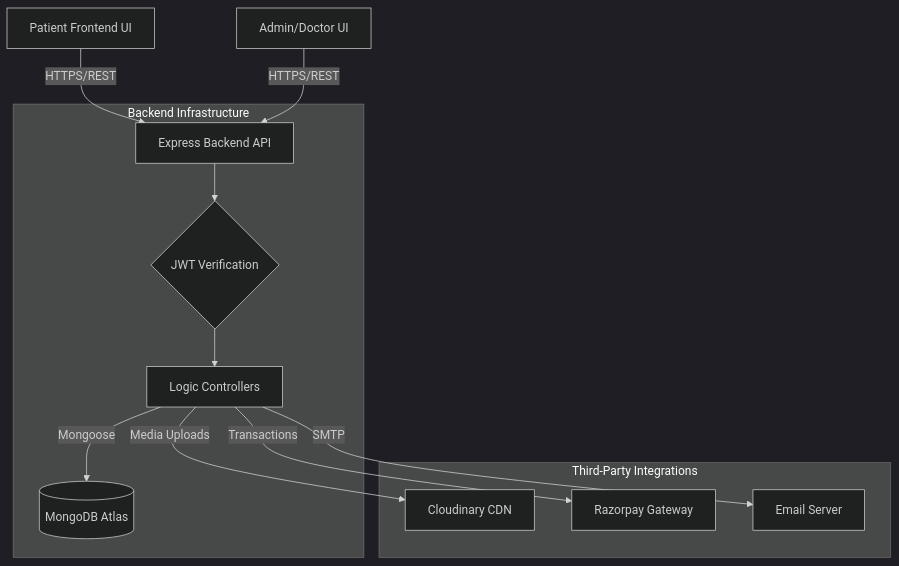
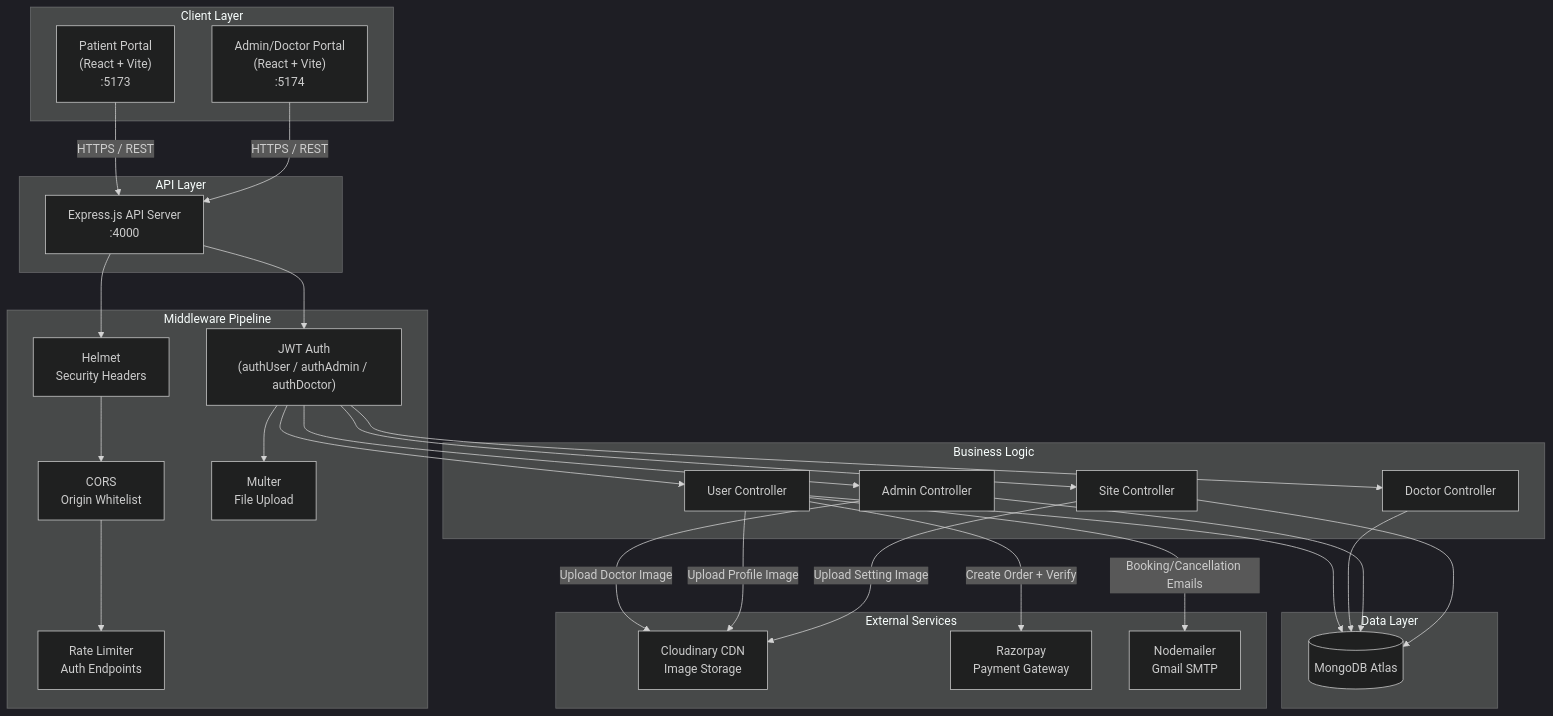
Before and after one commit to nzaman7878/Doctor-Appoinment-Booking-System-Using-MERN-stack: the first of 5 diagrams in README.md, drawn with Mermaid (dark theme). The commit also changed other lines of this file, not shown here.

Commit message:
docs: overhaul README with comprehensive project details, updated feature lists, and refined architecture documentation

````diff
--- a/README.md
+++ b/README.md
@@ -94,17 +148,49 @@
 ```mermaid
-graph TD
-    Client_Patient[Patient Frontend UI] -->|HTTPS/REST| API_Gateway[Express Backend API]
-    Client_Admin[Admin/Doctor UI] -->|HTTPS/REST| API_Gateway
-    
-    subgraph Backend Infrastructure
-    API_Gateway --> AuthMiddleware{JWT Verification}
-    AuthMiddleware --> Controllers[Logic Controllers]
-    Controllers -->|Mongoose| Database[(MongoDB Atlas)]
+graph TB
+    subgraph "Client Layer"
+        FE["Patient Portal<br/>(React + Vite)<br/>:5173"]
+        AD["Admin/Doctor Portal<br/>(React + Vite)<br/>:5174"]
     end
-    
-    subgraph Third-Party Integrations
-    Controllers -->|Media Uploads| Cloudinary[Cloudinary CDN]
-    Controllers -->|Transactions| Razorpay[Razorpay Gateway]
-    Controllers -->|SMTP| Nodemailer[Email Server]
+
+    subgraph "API Layer"
+        GW["Express.js API Server<br/>:4000"]
     end
+
+    subgraph "Middleware Pipeline"
+        HE[Helmet<br/>Security Headers]
+        CO[CORS<br/>Origin Whitelist]
+        RL[Rate Limiter<br/>Auth Endpoints]
+        AU["JWT Auth<br/>(authUser / authAdmin / authDoctor)"]
+        MU[Multer<br/>File Upload]
+    end
+
+    subgraph "Business Logic"
+        UC[User Controller]
+        DC[Doctor Controller]
+        AC[Admin Controller]
+        SC[Site Controller]
+    end
+
+    subgraph "Data Layer"
+        DB[(MongoDB Atlas)]
+    end
+
+    subgraph "External Services"
+        CL[Cloudinary CDN<br/>Image Storage]
+        RP[Razorpay<br/>Payment Gateway]
+        NM[Nodemailer<br/>Gmail SMTP]
+    end
+
+    FE -->|HTTPS / REST| GW
+    AD -->|HTTPS / REST| GW
+    GW --> HE --> CO --> RL
+    GW --> AU --> MU
+    AU --> UC & DC & AC & SC
+    UC & DC & AC --> DB
+    SC --> DB
+    AC -->|Upload Doctor Image| CL
+    UC -->|Upload Profile Image| CL
+    SC -->|Upload Setting Image| CL
+    UC -->|Create Order + Verify| RP
+    UC -->|Booking/Cancellation Emails| NM
 ```
````
